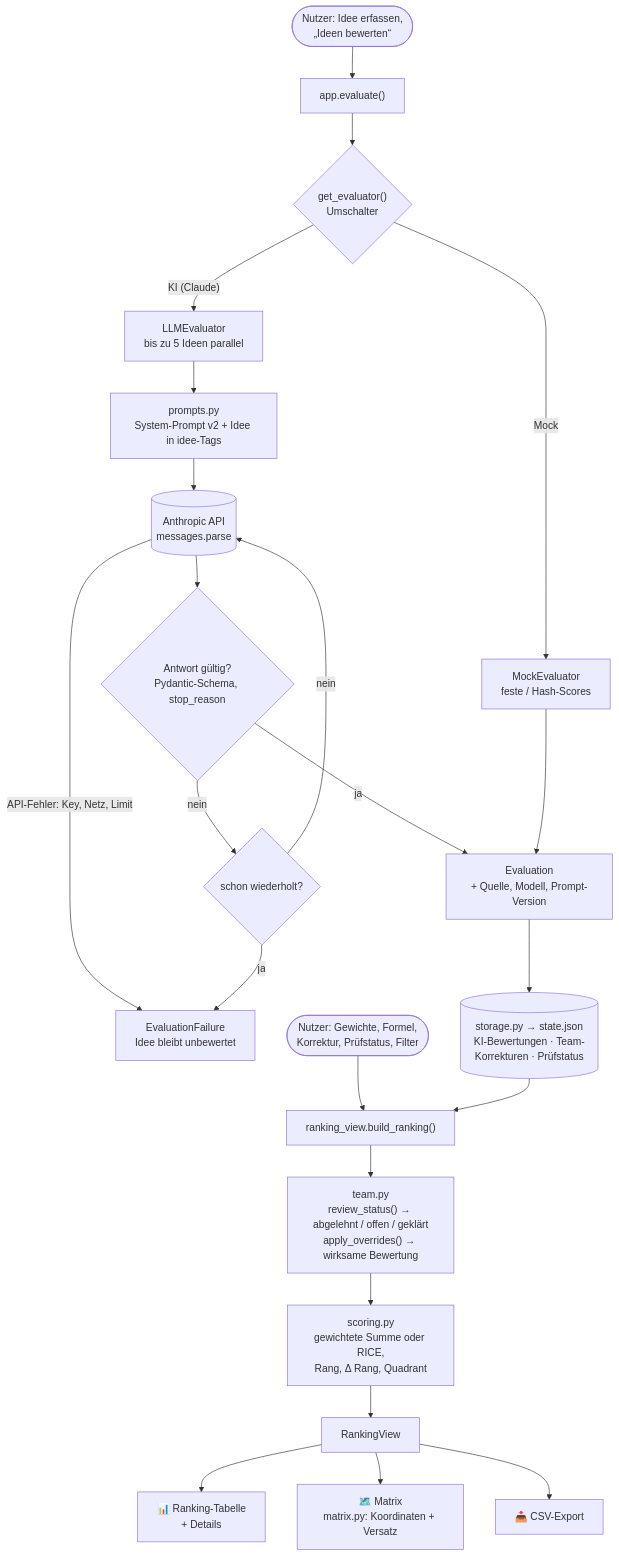
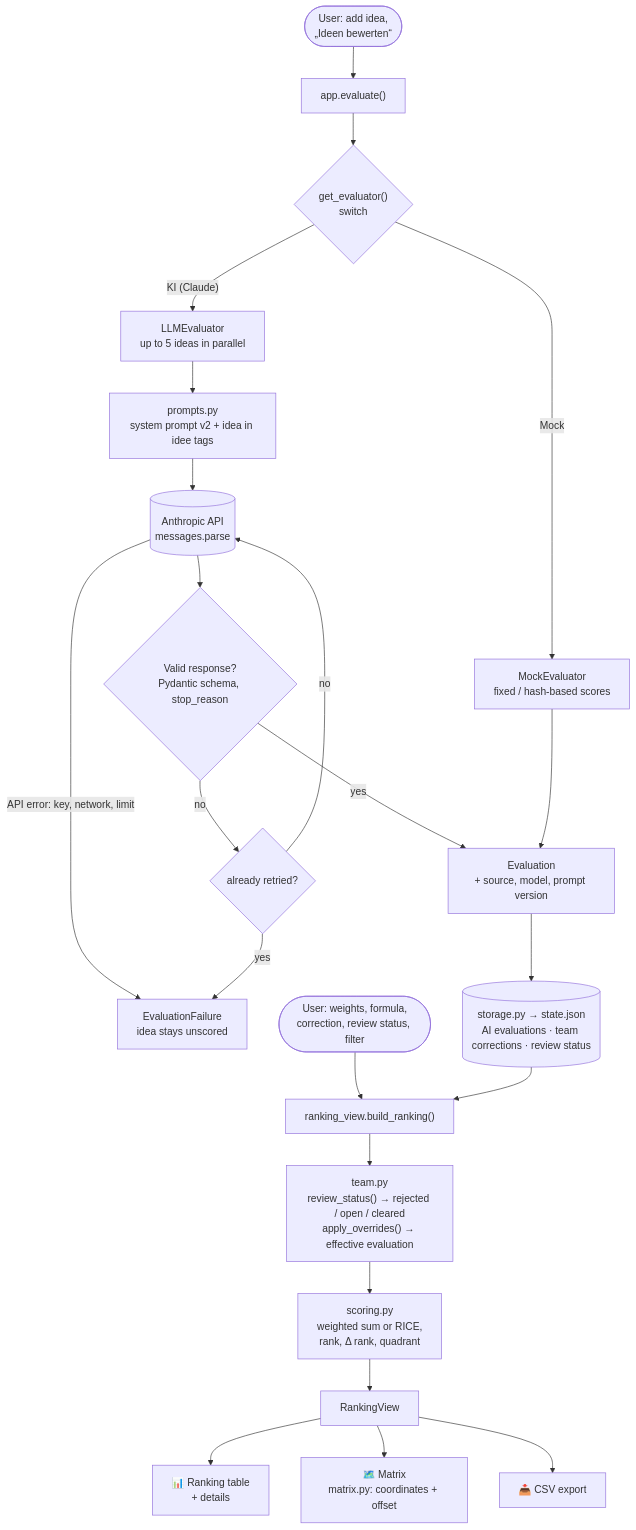
Before and after one commit to KursadPlbyk/ai-idea-prioritizer: the diagram in README.md, drawn with Mermaid. The commit also changed other lines of this file and 9 other files, not shown here.

````diff
--- a/README.md
+++ b/README.md
@@ -71,26 +73,26 @@
 ```mermaid
 flowchart TD
-    U(["Nutzer: Idee erfassen,<br/>„Ideen bewerten“"]) --> E["app.evaluate()"]
-    E --> G{"get_evaluator()<br/>Umschalter"}
-    G -->|Mock| M["MockEvaluator<br/>feste / Hash-Scores"]
-    G -->|"KI (Claude)"| L["LLMEvaluator<br/>bis zu 5 Ideen parallel"]
-    L --> P["prompts.py<br/>System-Prompt v2 + Idee in idee-Tags"]
+    U(["User: add idea,<br/>„Ideen bewerten“"]) --> E["app.evaluate()"]
+    E --> G{"get_evaluator()<br/>switch"}
+    G -->|Mock| M["MockEvaluator<br/>fixed / hash-based scores"]
+    G -->|"KI (Claude)"| L["LLMEvaluator<br/>up to 5 ideas in parallel"]
+    L --> P["prompts.py<br/>system prompt v2 + idea in idee tags"]
     P --> API[("Anthropic API<br/>messages.parse")]
-    API -->|"API-Fehler: Key, Netz, Limit"| F
-    API --> V{"Antwort gültig?<br/>Pydantic-Schema, stop_reason"}
-    V -->|nein| R{"schon wiederholt?"}
-    R -->|nein| API
-    R -->|ja| F["EvaluationFailure<br/>Idee bleibt unbewertet"]
-    V -->|ja| EV["Evaluation<br/>+ Quelle, Modell, Prompt-Version"]
+    API -->|"API error: key, network, limit"| F
+    API --> V{"Valid response?<br/>Pydantic schema, stop_reason"}
+    V -->|no| R{"already retried?"}
+    R -->|no| API
+    R -->|yes| F["EvaluationFailure<br/>idea stays unscored"]
+    V -->|yes| EV["Evaluation<br/>+ source, model, prompt version"]
     M --> EV
-    EV --> S[("storage.py → state.json<br/>KI-Bewertungen · Team-Korrekturen · Prüfstatus")]
+    EV --> S[("storage.py → state.json<br/>AI evaluations · team corrections · review status")]
 
-    W(["Nutzer: Gewichte, Formel,<br/>Korrektur, Prüfstatus, Filter"]) --> B["ranking_view.build_ranking()"]
+    W(["User: weights, formula,<br/>correction, review status, filter"]) --> B["ranking_view.build_ranking()"]
     S --> B
-    B --> T["team.py<br/>review_status() → abgelehnt / offen / geklärt<br/>apply_overrides() → wirksame Bewertung"]
-    T --> SC["scoring.py<br/>gewichtete Summe oder RICE,<br/>Rang, Δ Rang, Quadrant"]
+    B --> T["team.py<br/>review_status() → rejected / open / cleared<br/>apply_overrides() → effective evaluation"]
+    T --> SC["scoring.py<br/>weighted sum or RICE,<br/>rank, Δ rank, quadrant"]
     SC --> VIEW["RankingView"]
-    VIEW --> TAB["📊 Ranking-Tabelle<br/>+ Details"]
-    VIEW --> MX["🗺️ Matrix<br/>matrix.py: Koordinaten + Versatz"]
-    VIEW --> CSV["📥 CSV-Export"]
+    VIEW --> TAB["📊 Ranking table<br/>+ details"]
+    VIEW --> MX["🗺️ Matrix<br/>matrix.py: coordinates + offset"]
+    VIEW --> CSV["📥 CSV export"]
 ```
````
